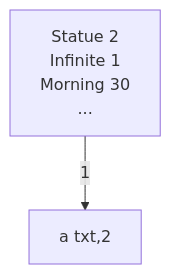
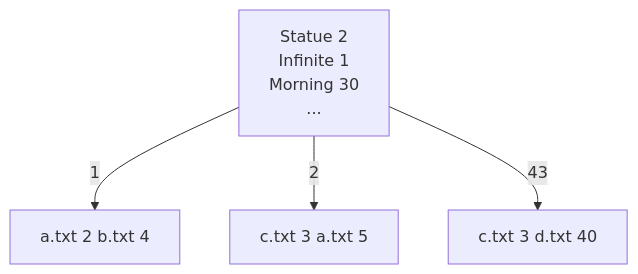
The diagram in README.md (z1skgr/index.dictionary-memory.java), drawn with Mermaid before and after one commit. The commit also changed other lines of this file, not shown here.

````diff
--- a/README.md
+++ b/README.md
@@ -9,5 +11,7 @@
 ```mermaid
 graph TD;
-    A[Statue 2 <br> Infinite 1 <br> Morning 30 <br> ... <br>]-->|1|B[a txt,2];
+    A[Statue 2 <br> Infinite 1 <br> Morning 30 <br> ... <br>]-->|1|B[a.txt 2 b.txt 4];
+    A[Statue 2 <br> Infinite 1 <br> Morning 30 <br> ... <br>]-->|2|C[c.txt 3 a.txt 5];
+    A[Statue 2 <br> Infinite 1 <br> Morning 30 <br> ... <br>]-->|43|D[c.txt 3 d.txt 40];
 
 ```
````
